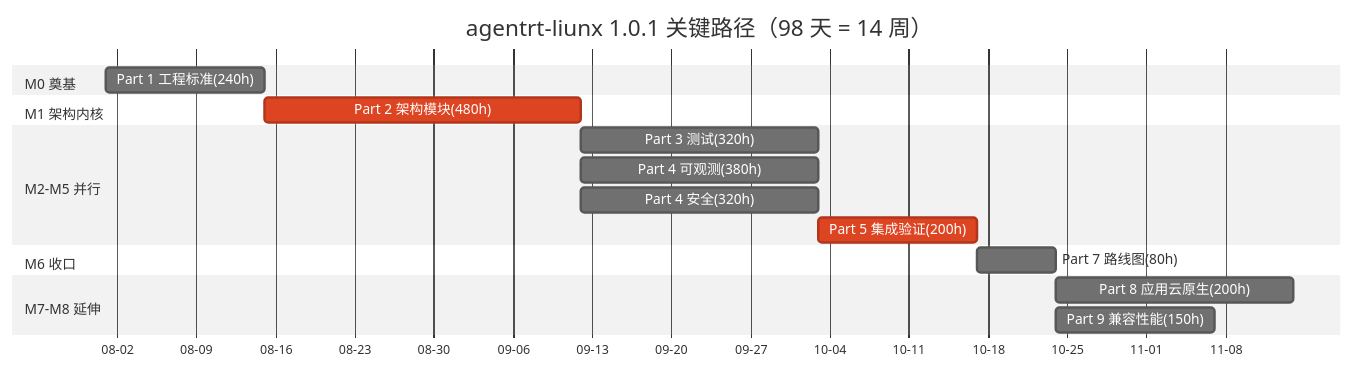
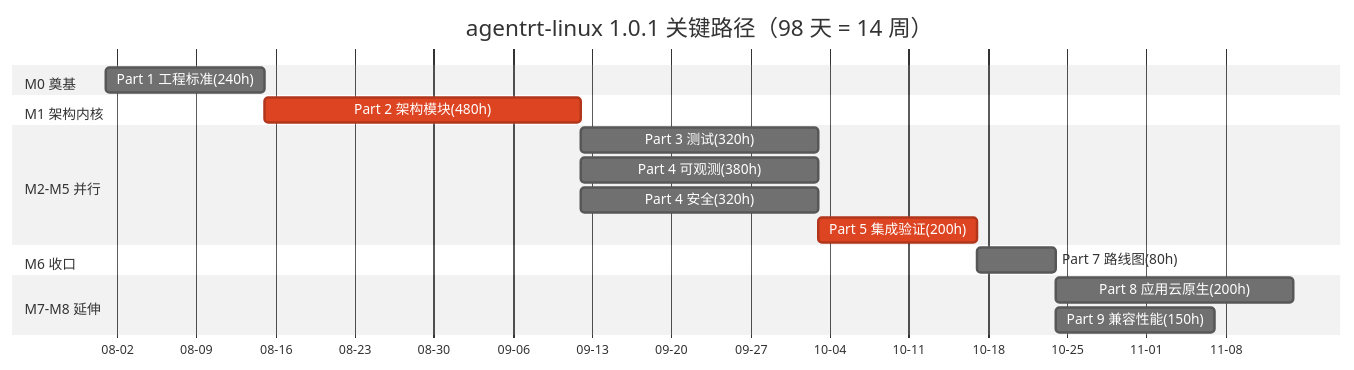
Before and after one commit to openairymax/docs: the fifth of 5 diagrams in AirymaxOS/130-roadmap/03-resource-estimation.md, drawn with Mermaid (neutral theme). The commit also changed other lines of this file and 75 other files, not shown here.

````diff
--- a/AirymaxOS/130-roadmap/03-resource-estimation.md
+++ b/AirymaxOS/130-roadmap/03-resource-estimation.md
@@ -256,20 +256,20 @@
 ```mermaid
 gantt
-    title agentrt-liunx 1.0.1 关键路径（98 天 = 14 周）
+    title agentrt-linux 1.0.1 关键路径（98 天 = 14 周）
     dateFormat  YYYY-MM-DD
     axisFormat  %m-%d
     section M0 奠基
     Part 1 工程标准(240h) :m0, 2026-08-01, 14d
     section M1 架构内核
     Part 2 架构模块(480h)  :crit, m1, 2026-08-15, 28d
     section M2-M5 并行
     Part 3 测试(320h)      :m2, 2026-09-12, 21d
     Part 4 可观测(380h)    :m3, 2026-09-12, 21d
     Part 4 安全(320h)      :m4, 2026-09-12, 21d
     Part 5 集成验证(200h)  :crit, m5, 2026-10-03, 14d
     section M6 收口
     Part 7 路线图(80h)     :m6, 2026-10-17, 7d
     section M7-M8 延伸
     Part 8 应用云原生(200h) :m7, 2026-10-24, 21d
     Part 9 兼容性能(150h)   :m8, 2026-10-24, 14d
 ```
````
